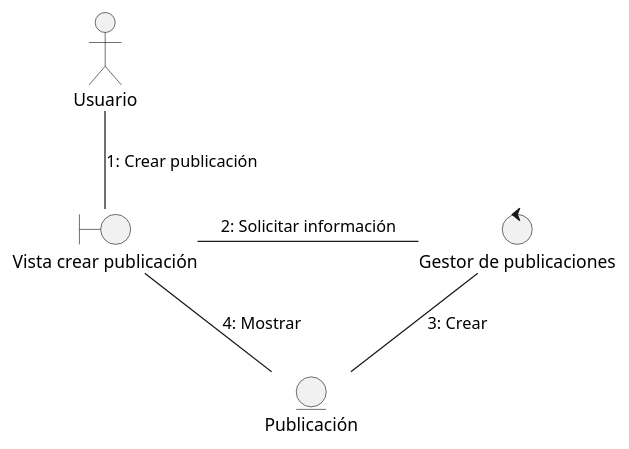
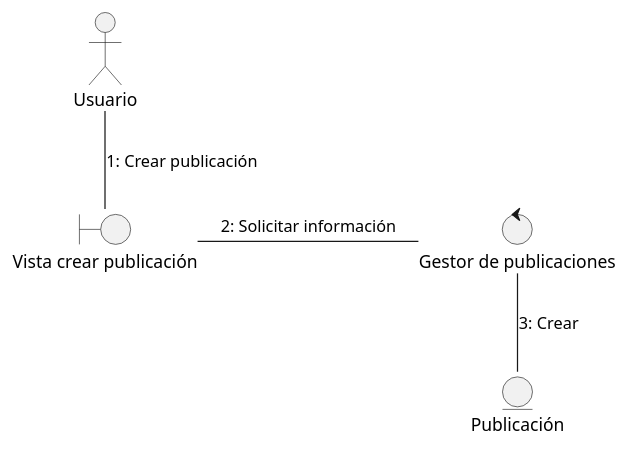
Before and after one commit to Dayannis-07/ING_SOFT: the diagram in docs/scenariosView/collaborationDiagram/useCase-CrearEvento.puml, drawn with PlantUML. The commit also changed 2 other files, not shown here.

Commit message:
Analysis class diagram corrections

```diff
--- a/docs/scenariosView/collaborationDiagram/useCase-CrearEvento.puml
+++ b/docs/scenariosView/collaborationDiagram/useCase-CrearEvento.puml
@@ -1,10 +1,9 @@
 @startuml crear evento
 actor Usuario
 boundary "Vista crear publicación" as c
 Usuario--c :1: Crear publicación
 control "Gestor de publicaciones" as g
 c-r-g :2: Solicitar información
 entity "Publicación" as p
 g--p :3: Crear
-p--c :4: Mostrar
 @enduml
```
